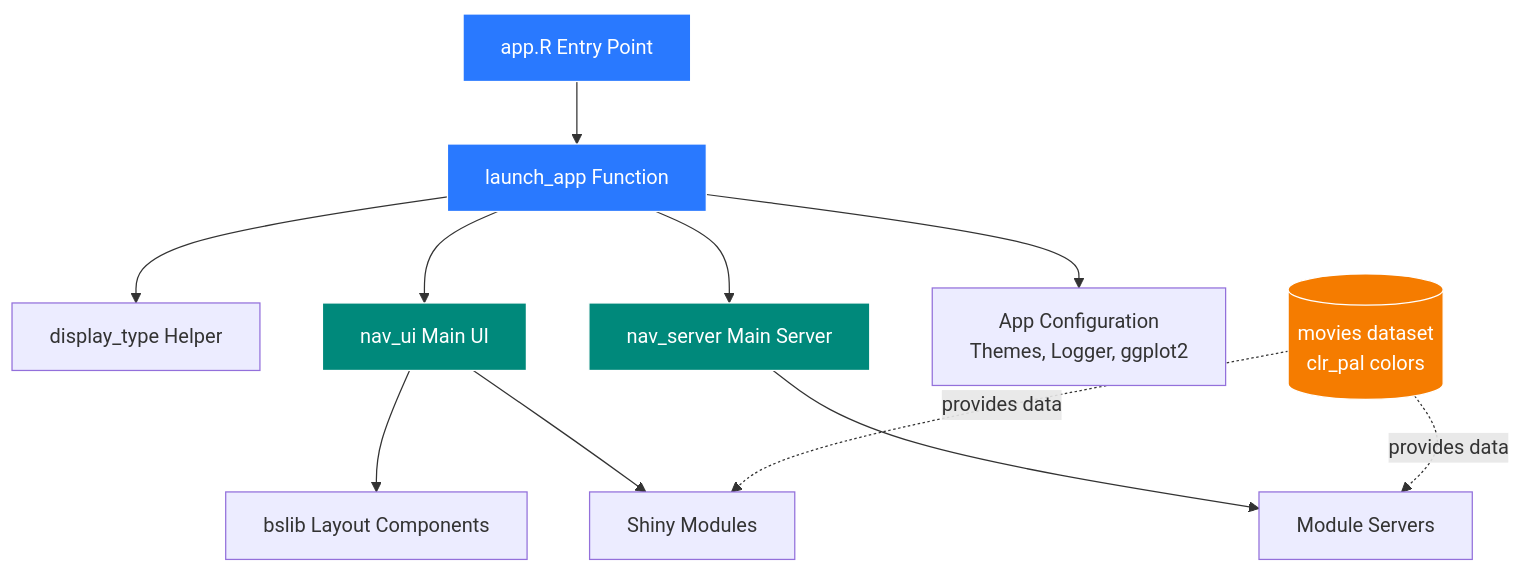
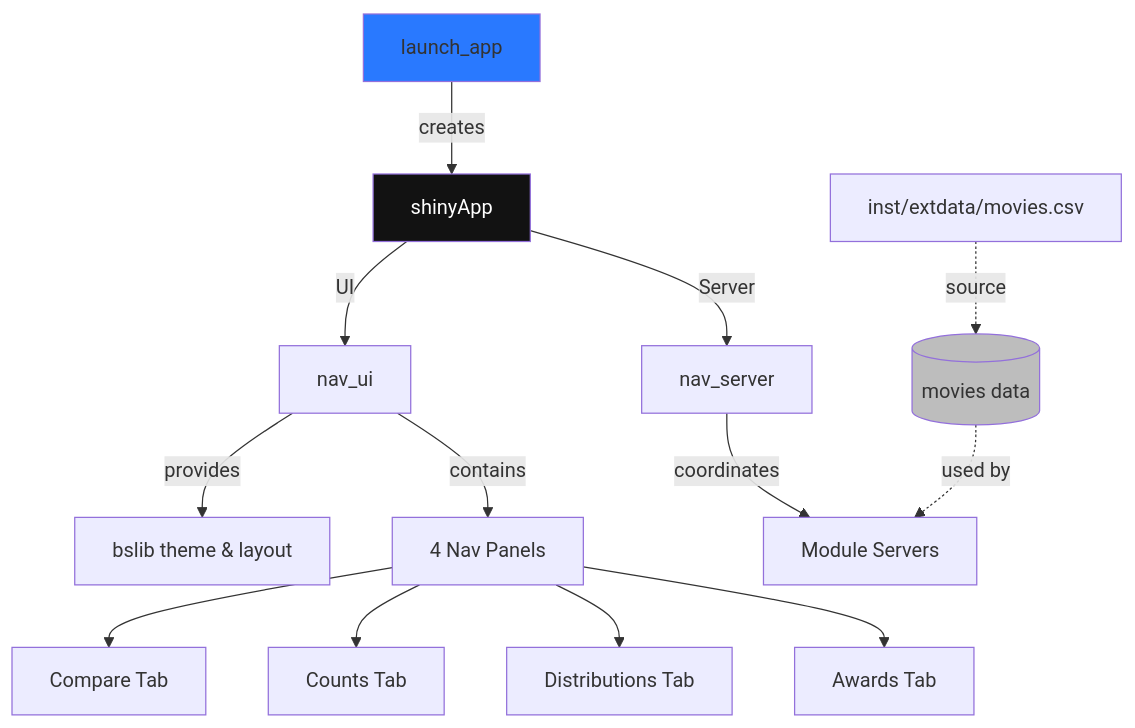
One commit to mjfrigaard/sap changed the first of 7 diagrams in inst/prompts/btw-clipboard.md. Above: the diagram before and after it, drawn with Mermaid. The commit also changed other lines of this file and 1 other file, not shown here.

````diff
--- a/inst/prompts/btw-clipboard.md
+++ b/inst/prompts/btw-clipboard.md
@@ -138,21 +137,23 @@
 ```mermaid
-graph TB
-    AppR[app.R Entry Point] --> LaunchApp[launch_app Function]
-    LaunchApp --> DisplayType[display_type Helper]
-    LaunchApp --> NavUI[nav_ui Main UI]
-    LaunchApp --> NavServer[nav_server Main Server]
-    LaunchApp --> Config[App Configuration<br/>Themes, Logger, ggplot2]
+graph TD
+    Launch[launch_app] -->|creates| App[shinyApp]
+    App -->|UI| NavUI[nav_ui]
+    App -->|Server| NavServer[nav_server]
     
-    NavUI --> BSLib[bslib Layout Components]
-    NavUI --> Modules[Shiny Modules]
-    NavServer --> ModServers[Module Servers]
+    NavUI -->|provides| Theme[bslib theme & layout]
+    NavUI -->|contains| Tabs[4 Nav Panels]
     
-    Data[(movies dataset<br/>clr_pal colors)] -.->|provides data| Modules
-    Data -.->|provides data| ModServers
+    Tabs --> Compare[Compare Tab]
+    Tabs --> Counts[Counts Tab]
+    Tabs --> Dist[Distributions Tab]
+    Tabs --> Awards[Awards Tab]
     
-    style AppR fill:#2979ff,stroke:#fff,color:#fff
-    style LaunchApp fill:#2979ff,stroke:#fff,color:#fff
-    style NavUI fill:#00897b,stroke:#fff,color:#fff
-    style NavServer fill:#00897b,stroke:#fff,color:#fff
-    style Data fill:#f57c00,stroke:#fff,color:#fff
+    NavServer -->|coordinates| Modules[Module Servers]
+    
+    Data[(movies data)] -.->|used by| Modules
+    ExtData[inst/extdata/movies.csv] -.->|source| Data
+    
+    style Launch fill:#2979ff
+    style App fill:#121212,color:#fff
+    style Data fill:#bdbdbd
 ```
````
